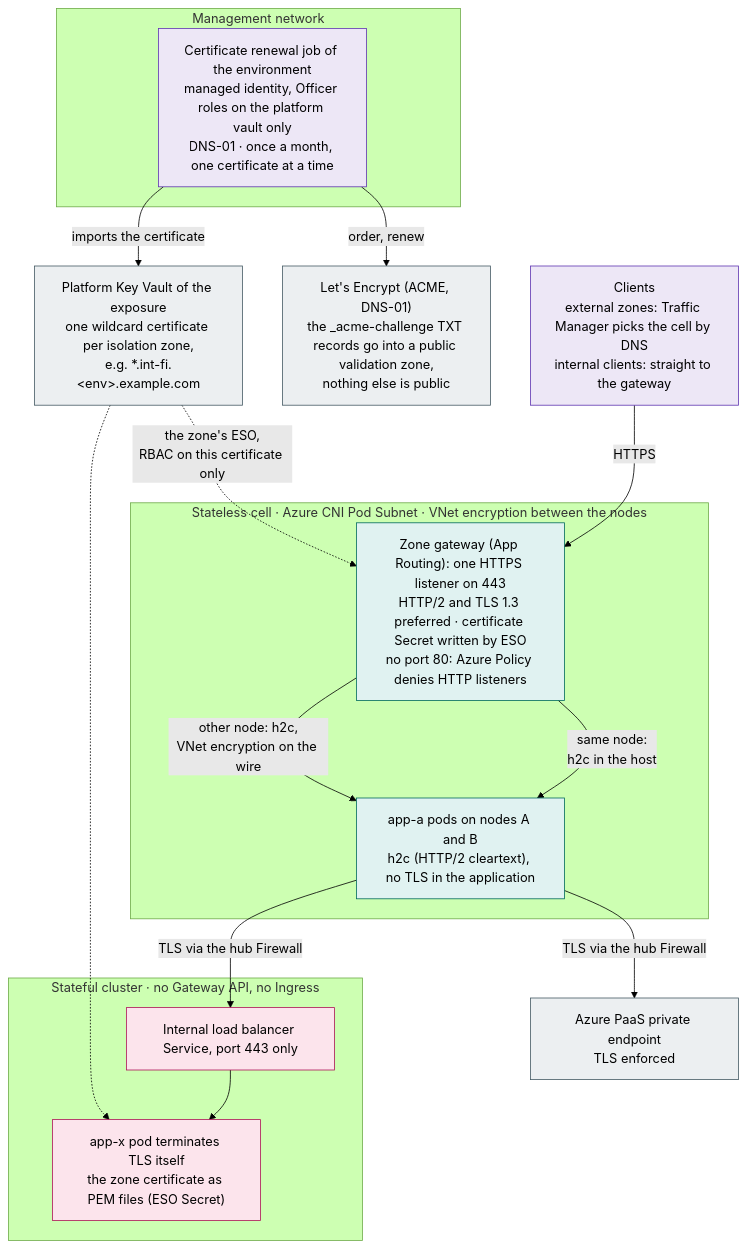
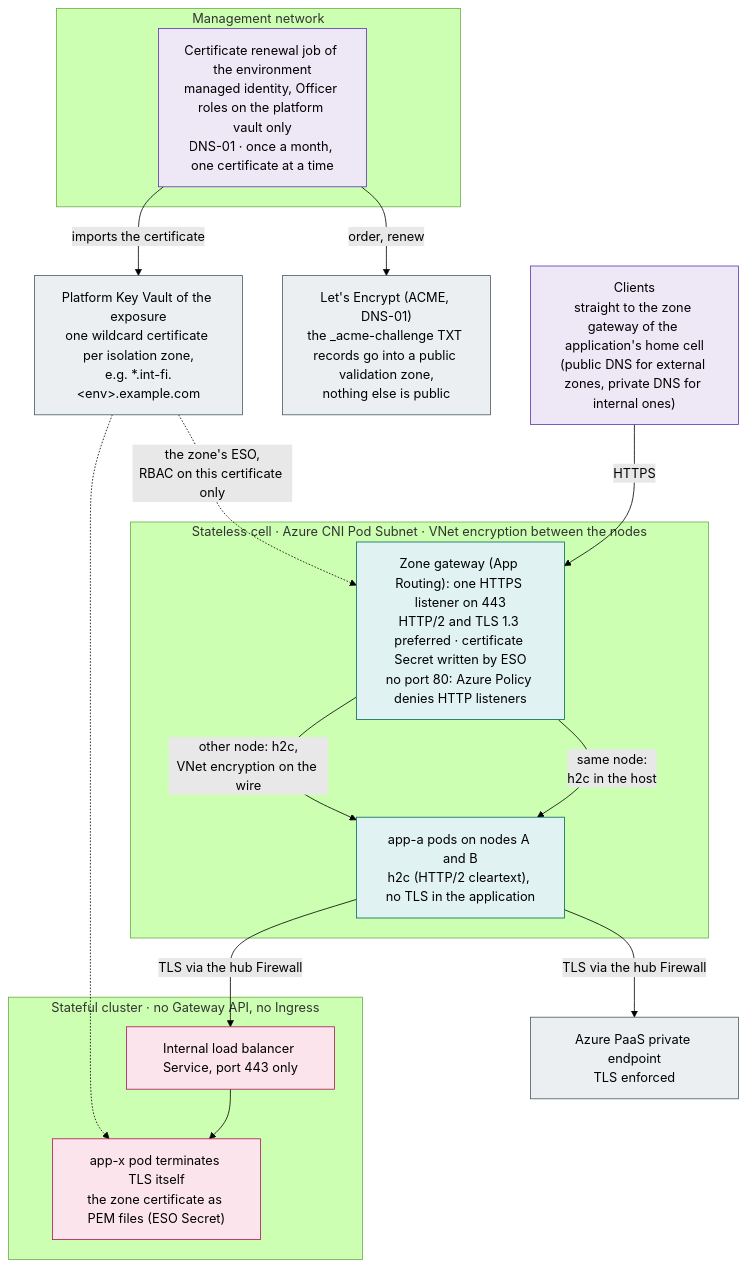
The diagram in diagrams/4.1-tls-encryption.mmd (onek8s/onek8s.github.io), drawn with Mermaid (forest theme) before and after one commit. The commit also changed 39 other files, not shown here.

First line of the commit message:
Trial: no Traffic Manager - every application in one home cell

```diff
--- a/diagrams/4.1-tls-encryption.mmd
+++ b/diagrams/4.1-tls-encryption.mmd
@@ -1,43 +1,43 @@
 %% Encryption in transit. Stateless: TLS ends at the zone's gateway (App Routing's Istio, a Let's Encrypt
 %% certificate), the gateway speaks h2c to the pods and node-to-node traffic is protected by Azure VNet encryption, so the
 %% applications need no TLS, mTLS or service mesh. Stateful: no Gateway API and no Ingress, the application terminates TLS
 %% on its own internal load balancer. Certificates are issued once per environment and exposure by a renewal job into the
 %% platform Key Vault and shared by every cluster of that exposure.
 flowchart TB
-    client["Clients<br/>external zones: Traffic Manager picks the cell by DNS<br/>internal clients: straight to the gateway"]
+    client["Clients<br/>straight to the zone gateway of the application's home cell<br/>(public DNS for external zones, private DNS for internal ones)"]
 
     subgraph MGMT["Management network"]
         job["Certificate renewal job of the environment<br/>managed identity, Officer roles on the platform vault only<br/>DNS-01 · once a month, one certificate at a time"]
     end
     le["Let's Encrypt (ACME, DNS-01)<br/>the _acme-challenge TXT records go into a public validation zone,<br/>nothing else is public"]
     kv["Platform Key Vault of the exposure<br/>one wildcard certificate per isolation zone,<br/>e.g. *.int-fi.&lt;env&gt;.example.com"]
 
     subgraph SL["Stateless cell · Azure CNI Pod Subnet · VNet encryption between the nodes"]
         tr["Zone gateway (App Routing): one HTTPS listener on 443<br/>HTTP/2 and TLS 1.3 preferred · certificate Secret written by ESO<br/>no port 80: Azure Policy denies HTTP listeners"]
         app["app-a pods on nodes A and B<br/>h2c (HTTP/2 cleartext), no TLS in the application"]
     end
 
     subgraph SF["Stateful cluster · no Gateway API, no Ingress"]
         ilb["Internal load balancer Service, port 443 only"]
         db["app-x pod terminates TLS itself<br/>the zone certificate as PEM files (ESO Secret)"]
     end
     paas["Azure PaaS private endpoint<br/>TLS enforced"]
 
     client -->|"HTTPS"| tr
     tr -->|"same node:<br/>h2c in the host"| app
     tr -->|"other node: h2c,<br/>VNet encryption on the wire"| app
     app -->|"TLS via the hub Firewall"| ilb --> db
     app -->|"TLS via the hub Firewall"| paas
     job -->|"order, renew"| le
     job -->|"imports the certificate"| kv
     kv -.->|"the zone's ESO,<br/>RBAC on this certificate only"| tr
     kv -.-> db
 
     classDef hub fill:#ede7f6,stroke:#5e35b1,color:#000
     classDef sl fill:#e0f2f1,stroke:#00695c,color:#000
     classDef sf fill:#fce4ec,stroke:#ad1457,color:#000
     classDef paas fill:#eceff1,stroke:#455a64,color:#000
     class client,job hub
     class tr,app sl
     class ilb,db sf
     class paas,le,kv paas
```
